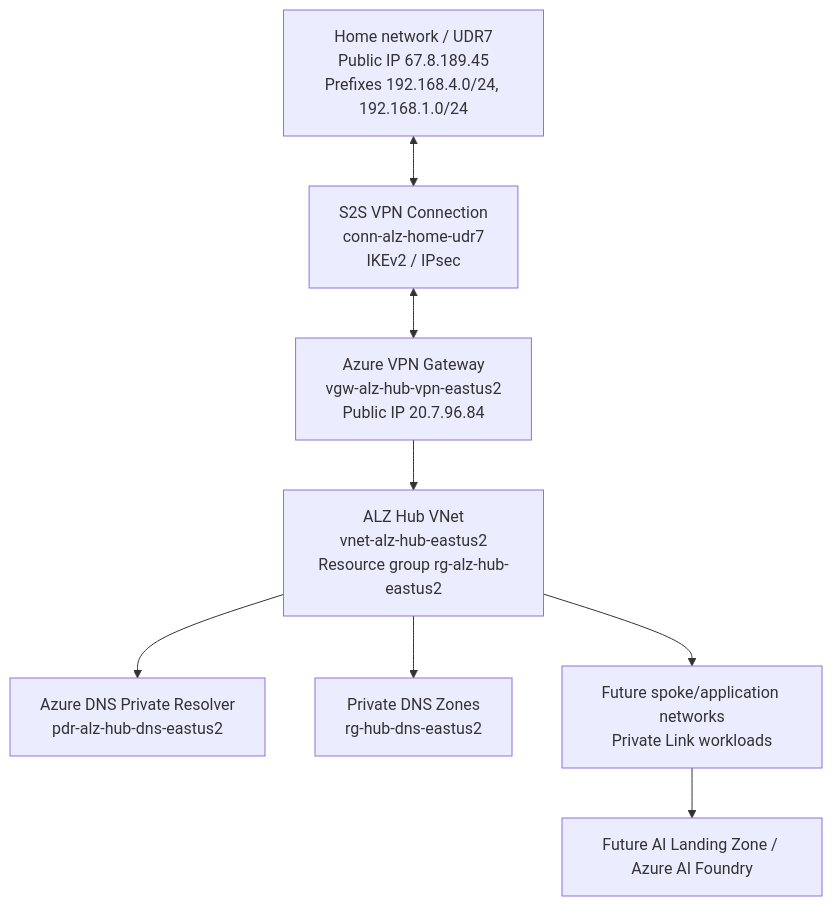
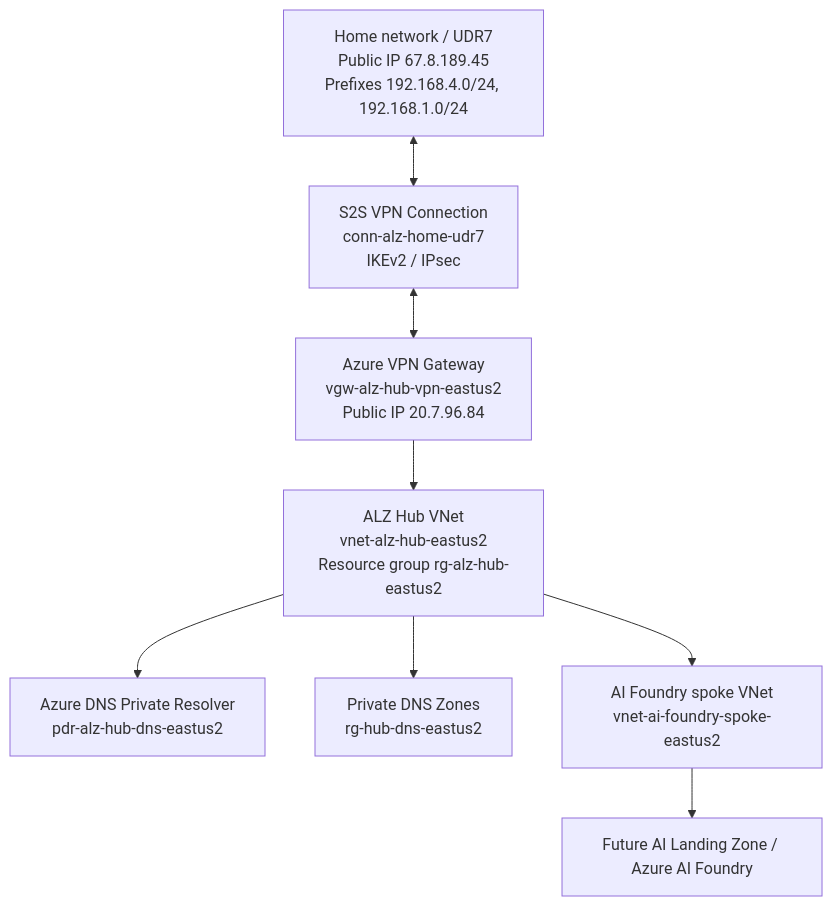
One commit to fabrikam-landingzones/alz-terraform-accelerator changed the diagram in docs/alz-scenario6-hub-spoke-implementation-runbook.md. Above: the diagram before and after it, drawn with Mermaid. The commit also changed other lines of this file and 1 other file, not shown here.

Commit message:
Document AI spoke validation [skip ci]

````diff
--- a/docs/alz-scenario6-hub-spoke-implementation-runbook.md
+++ b/docs/alz-scenario6-hub-spoke-implementation-runbook.md
@@ -101,17 +101,17 @@
 ```mermaid
 flowchart TB
   home["Home network / UDR7<br/>Public IP 67.8.189.45<br/>Prefixes 192.168.4.0/24, 192.168.1.0/24"]
   vpn["S2S VPN Connection<br/>conn-alz-home-udr7<br/>IKEv2 / IPsec"]
   gateway["Azure VPN Gateway<br/>vgw-alz-hub-vpn-eastus2<br/>Public IP 20.7.96.84"]
   hub["ALZ Hub VNet<br/>vnet-alz-hub-eastus2<br/>Resource group rg-alz-hub-eastus2"]
   dnsresolver["Azure DNS Private Resolver<br/>pdr-alz-hub-dns-eastus2"]
   dnszones["Private DNS Zones<br/>rg-hub-dns-eastus2"]
-  spokes["Future spoke/application networks<br/>Private Link workloads"]
+  spokes["AI Foundry spoke VNet<br/>vnet-ai-foundry-spoke-eastus2"]
   foundry["Future AI Landing Zone / Azure AI Foundry"]
 
   home <--> vpn <--> gateway --> hub
   hub --> dnsresolver
   hub --> dnszones
   hub --> spokes
   spokes --> foundry
 ```
````
